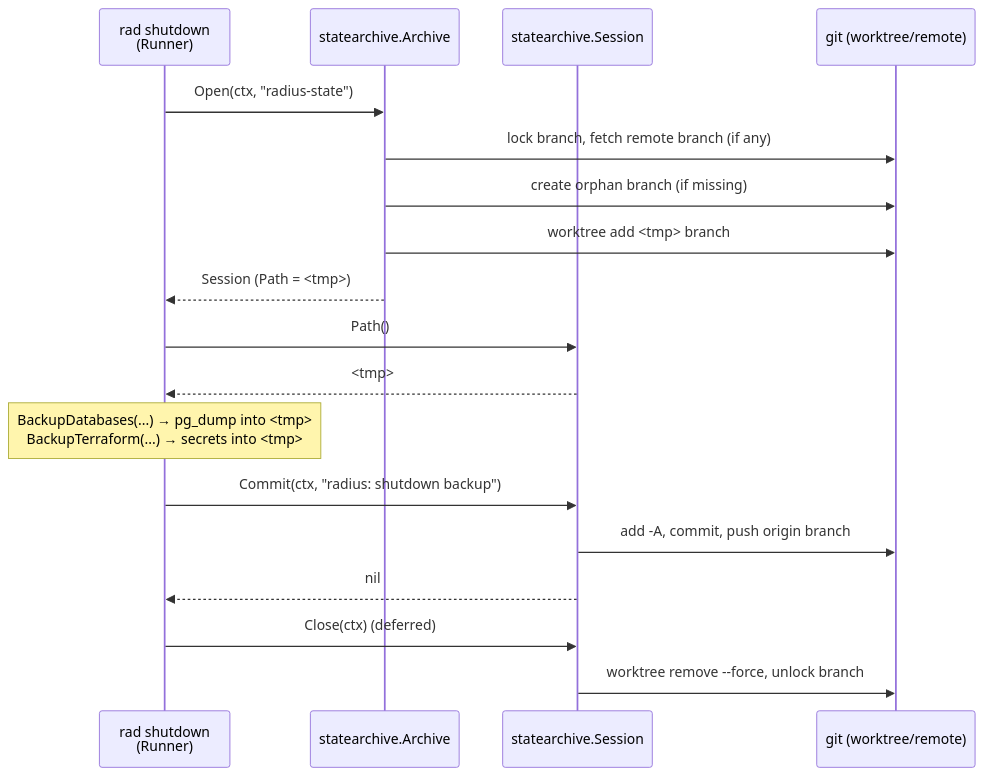
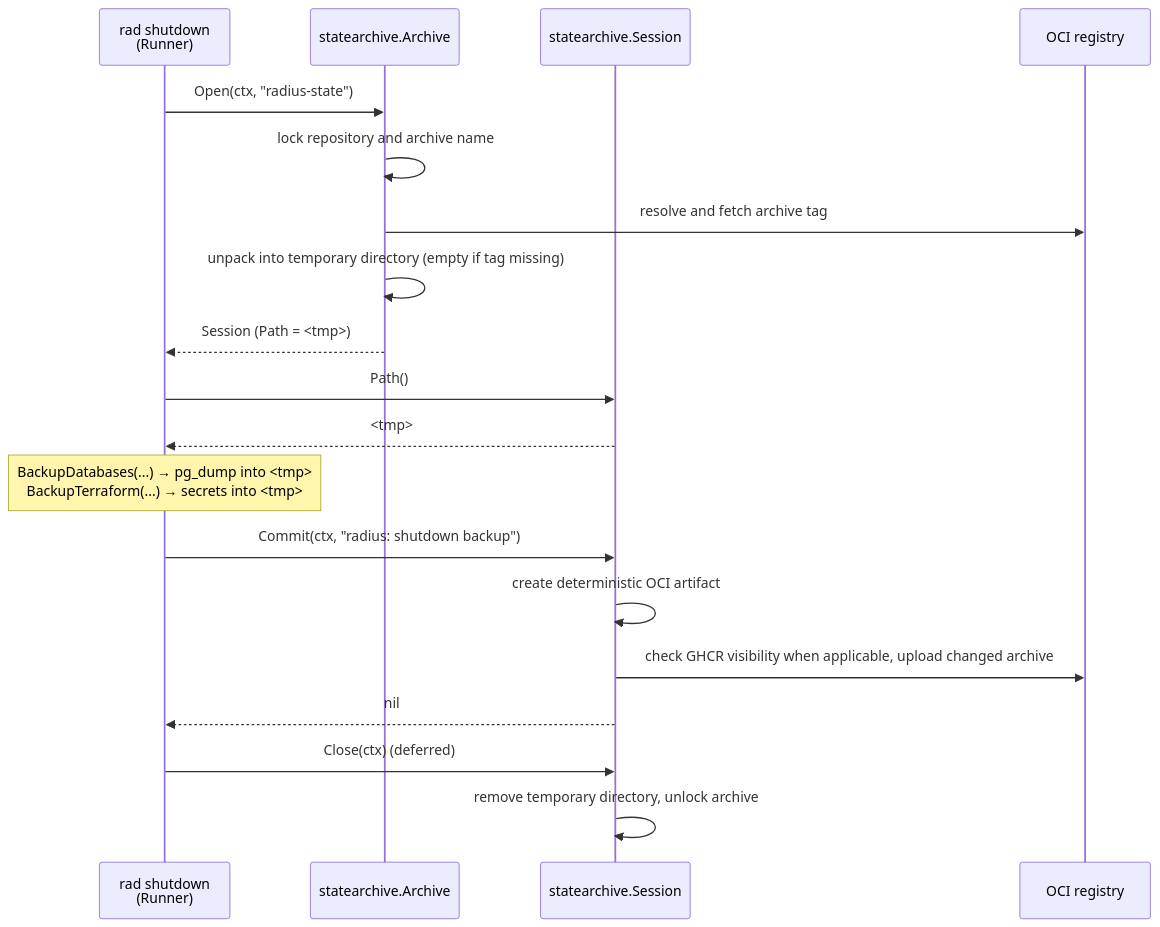
One commit to radius-project/radius changed the second of 3 diagrams in docs/architecture/state-archive.md. Above: the diagram before and after it, drawn with Mermaid. The commit also changed other lines of this file and 28 other files, not shown here.

First line of the commit message:
Remove Git state archive backend in favor of OCI

````diff
--- a/docs/architecture/state-archive.md
+++ b/docs/architecture/state-archive.md
@@ -120,24 +105,25 @@
 ```mermaid
 sequenceDiagram
     participant Cmd as rad shutdown<br/>(Runner)
     participant Arc as statearchive.Archive
     participant Ses as statearchive.Session
-    participant Git as git (worktree/remote)
+    participant OCI as OCI registry
 
     Cmd->>Arc: Open(ctx, "radius-state")
-    Arc->>Git: lock branch, fetch remote branch (if any)
-    Arc->>Git: create orphan branch (if missing)
-    Arc->>Git: worktree add <tmp> branch
+    Arc->>Arc: lock repository and archive name
+    Arc->>OCI: resolve and fetch archive tag
+    Arc->>Arc: unpack into temporary directory (empty if tag missing)
     Arc-->>Cmd: Session (Path = <tmp>)
 
     Cmd->>Ses: Path()
     Ses-->>Cmd: <tmp>
     Note over Cmd: BackupDatabases(...) → pg_dump into <tmp><br/>BackupTerraform(...) → secrets into <tmp>
 
     Cmd->>Ses: Commit(ctx, "radius: shutdown backup")
-    Ses->>Git: add -A, commit, push origin branch
+    Ses->>Ses: create deterministic OCI artifact
+    Ses->>OCI: check GHCR visibility when applicable, upload changed archive
     Ses-->>Cmd: nil
 
     Cmd->>Ses: Close(ctx)  (deferred)
-    Ses->>Git: worktree remove --force, unlock branch
+    Ses->>Ses: remove temporary directory, unlock archive
 ```
````
